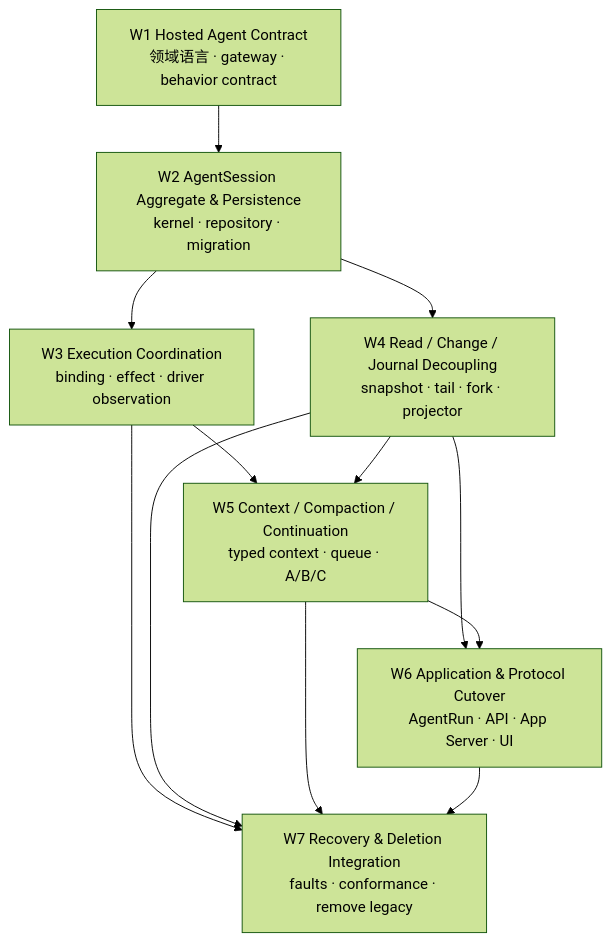
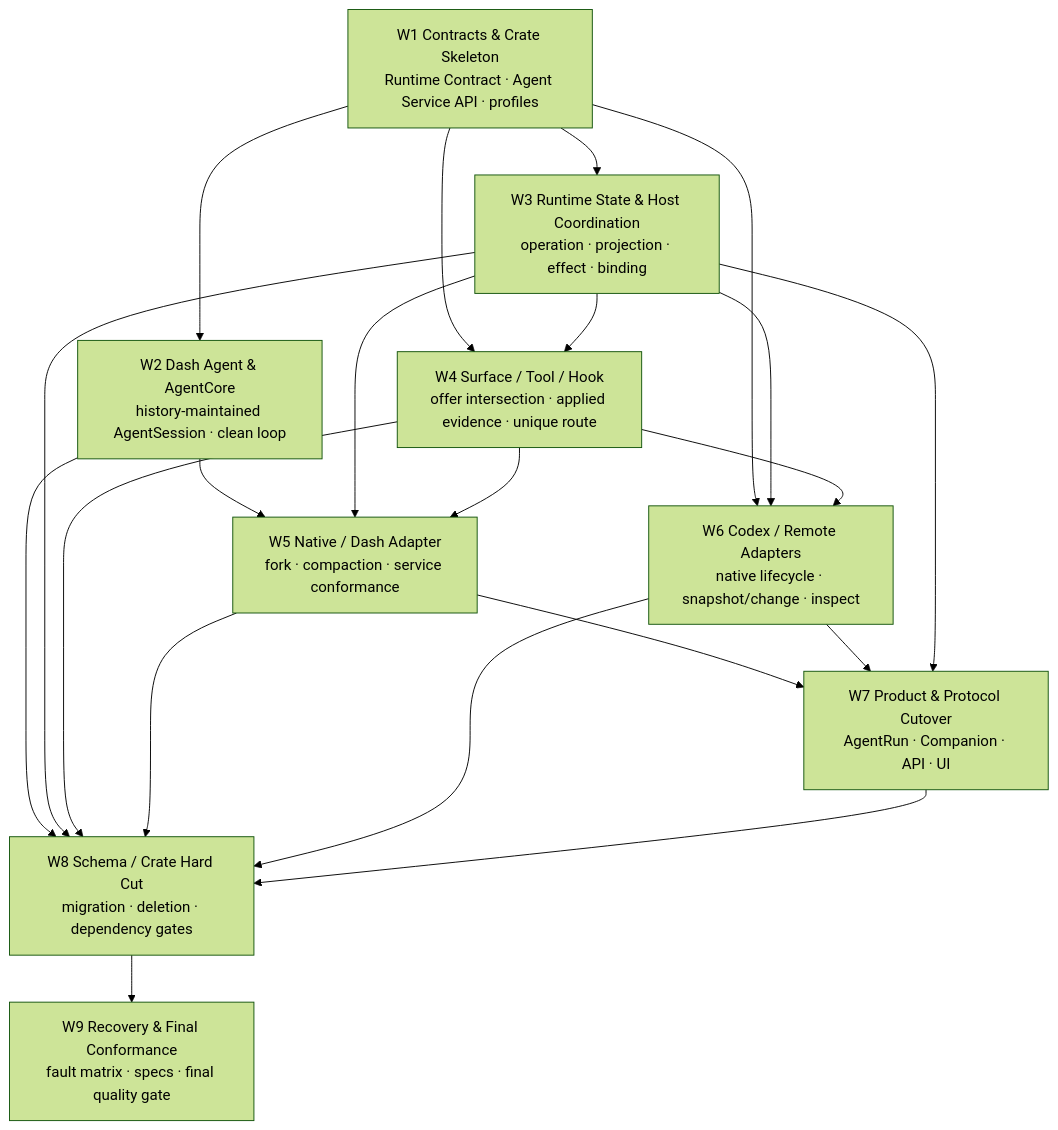
One commit to syan2018/AgentDash changed the diagram in .trellis/tasks/07-17-agent-runtime-compaction-state-protocol-review/implement.md. Above: the diagram before and after it, drawn with Mermaid (forest theme). The commit also changed other lines of this file and 63 other files, not shown here.

First line of the commit message:
docs(agent-runtime): 收敛最终架构与安全迁移规划

````diff
--- a/.trellis/tasks/07-17-agent-runtime-compaction-state-protocol-review/implement.md
+++ b/.trellis/tasks/07-17-agent-runtime-compaction-state-protocol-review/implement.md
@@ -19,22 +23,33 @@
 ```mermaid
 flowchart TD
-    W1["W1 Hosted Agent Contract<br/>领域语言 · gateway · behavior contract"]
-    W2["W2 AgentSession Aggregate & Persistence<br/>kernel · repository · migration"]
-    W3["W3 Execution Coordination<br/>binding · effect · driver observation"]
-    W4["W4 Read / Change / Journal Decoupling<br/>snapshot · tail · fork · projector"]
-    W5["W5 Context / Compaction / Continuation<br/>typed context · queue · A/B/C"]
-    W6["W6 Application & Protocol Cutover<br/>AgentRun · API · App Server · UI"]
-    W7["W7 Recovery & Deletion Integration<br/>faults · conformance · remove legacy"]
+    W1["W1 Contracts & Crate Skeleton<br/>Runtime Contract · Agent Service API · profiles"]
+    W2["W2 Dash Agent & AgentCore<br/>history-maintained AgentSession · clean loop"]
+    W3["W3 Runtime State & Host Coordination<br/>operation · projection · effect · binding"]
+    W4["W4 Surface / Tool / Hook<br/>offer intersection · applied evidence · unique route"]
+    W5["W5 Native / Dash Adapter<br/>fork · compaction · service conformance"]
+    W6["W6 Codex / Remote Adapters<br/>native lifecycle · snapshot/change · inspect"]
+    W7["W7 Product & Protocol Cutover<br/>AgentRun · Companion · API · UI"]
+    W8["W8 Schema / Crate Hard Cut<br/>migration · deletion · dependency gates"]
+    W9["W9 Recovery & Final Conformance<br/>fault matrix · specs · final quality gate"]
 
     W1 --> W2
-    W2 --> W3
-    W2 --> W4
+    W1 --> W3
+    W1 --> W4
+    W2 --> W5
+    W3 --> W4
     W3 --> W5
     W4 --> W5
+    W1 --> W6
+    W3 --> W6
     W4 --> W6
-    W5 --> W6
-    W3 --> W7
-    W4 --> W7
     W5 --> W7
     W6 --> W7
+    W3 --> W7
+    W2 --> W8
+    W3 --> W8
+    W4 --> W8
+    W5 --> W8
+    W6 --> W8
+    W7 --> W8
+    W8 --> W9
 ```
````
